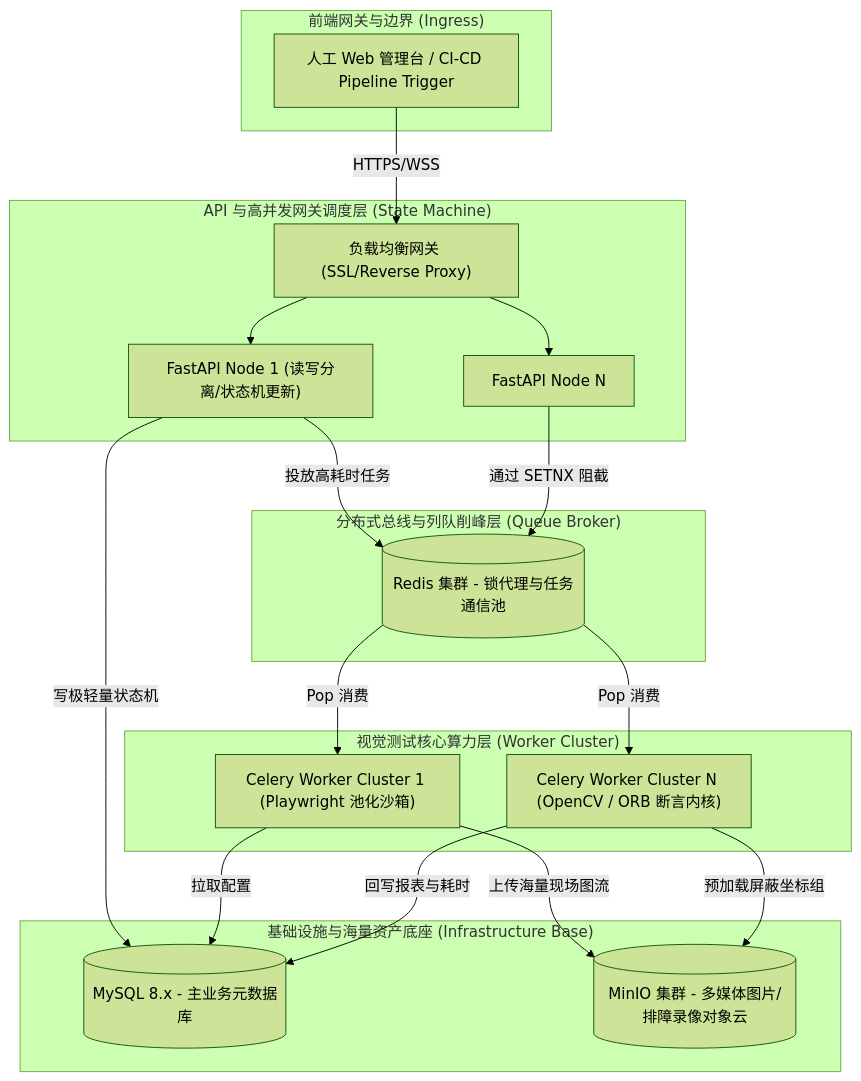
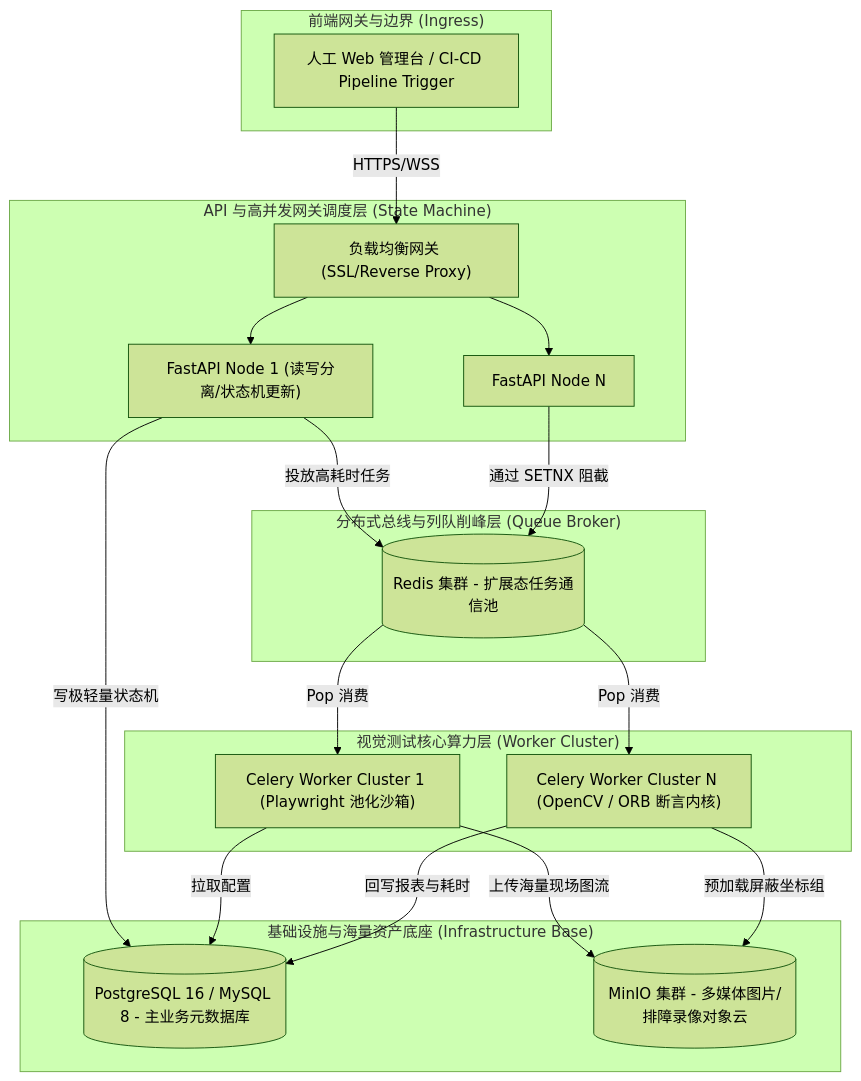
One commit to xiaolin0429/VisionAutoTest changed the first of 3 diagrams in doc/backend/服务端技术架构设计文档.md. Above: the diagram before and after it, drawn with Mermaid (forest theme). The commit also changed other lines of this file and 16 other files, not shown here.

````diff
--- a/doc/backend/服务端技术架构设计文档.md
+++ b/doc/backend/服务端技术架构设计文档.md
@@ -20,42 +21,42 @@
 ```mermaid
 graph TB
     subgraph Ingress ["前端网关与边界 (Ingress)"]
         Client["人工 Web 管理台 / CI-CD Pipeline Trigger"]
     end
 
     subgraph StateMachine ["API 与高并发网关调度层 (State Machine)"]
         Nginx["负载均衡网关 (SSL/Reverse Proxy)"]
         FastAPI_1["FastAPI Node 1 (读写分离/状态机更新)"]
         FastAPI_2["FastAPI Node N"]
     end
 
     subgraph QueueBroker ["分布式总线与列队削峰层 (Queue Broker)"]
-        Redis[("Redis 集群 - 锁代理与任务通信池")]
+        Redis[("Redis 集群 - 扩展态任务通信池")]
     end
 
     subgraph WorkerCluster ["视觉测试核心算力层 (Worker Cluster)"]
         CW_1["Celery Worker Cluster 1 (Playwright 池化沙箱)"]
         CW_2["Celery Worker Cluster N (OpenCV / ORB 断言内核)"]
     end
 
     subgraph Infrastructure ["基础设施与海量资产底座 (Infrastructure Base)"]
-        DB[("MySQL 8.x - 主业务元数据库")]
+        DB[("PostgreSQL 16 / MySQL 8 - 主业务元数据库")]
         OSS[("MinIO 集群 - 多媒体图片/排障录像对象云")]
     end
 
     Client --HTTPS/WSS--> Nginx
     Nginx --> FastAPI_1
     Nginx --> FastAPI_2
     
     FastAPI_1 --"写极轻量状态机"--> DB
     FastAPI_1 --"投放高耗时任务"--> Redis
     FastAPI_2 --"通过 SETNX 阻截"--> Redis
     
     Redis --"Pop 消费"--> CW_1
     Redis --"Pop 消费"--> CW_2
 
     CW_1 --"拉取配置"--> DB
     CW_1 --"上传海量现场图流"--> OSS
     CW_2 --"预加载屏蔽坐标组"--> OSS
     CW_2 --"回写报表与耗时"--> DB
 ```
````
